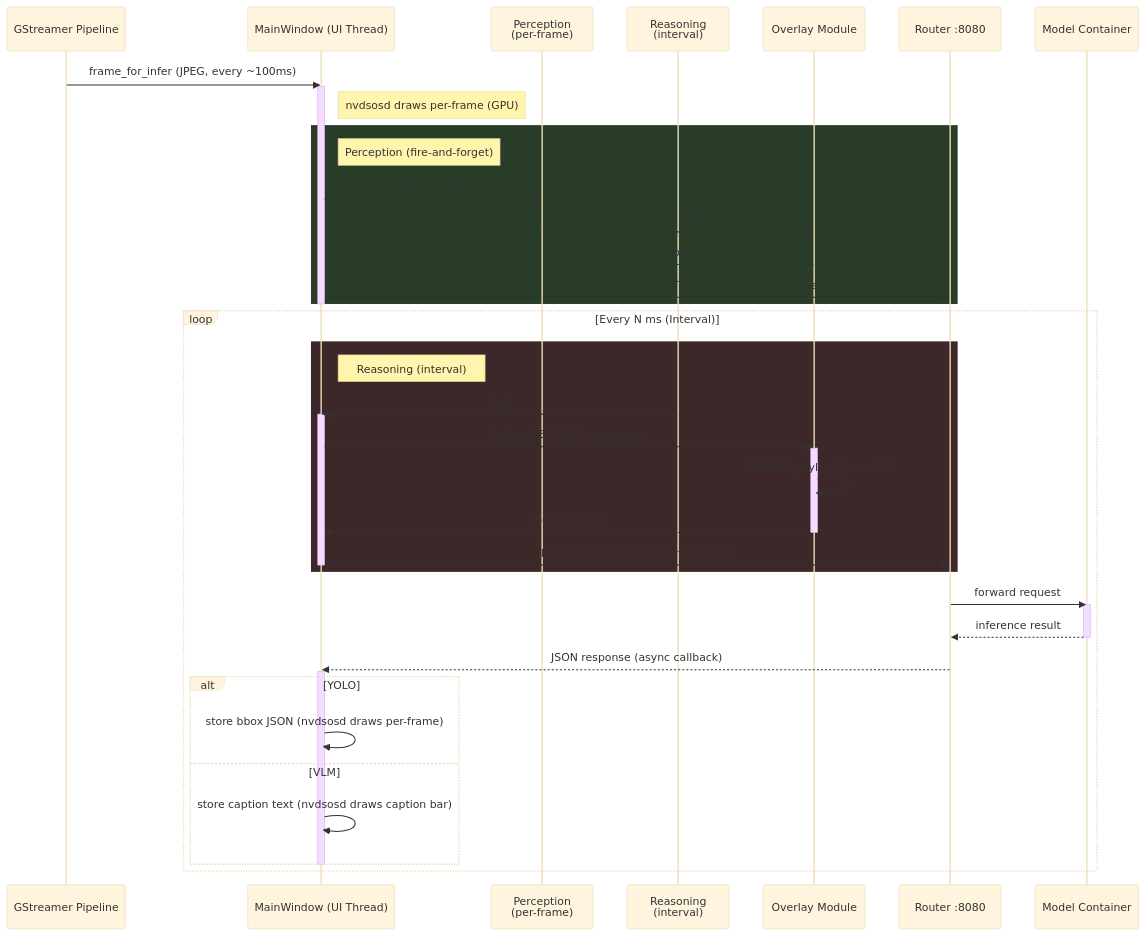
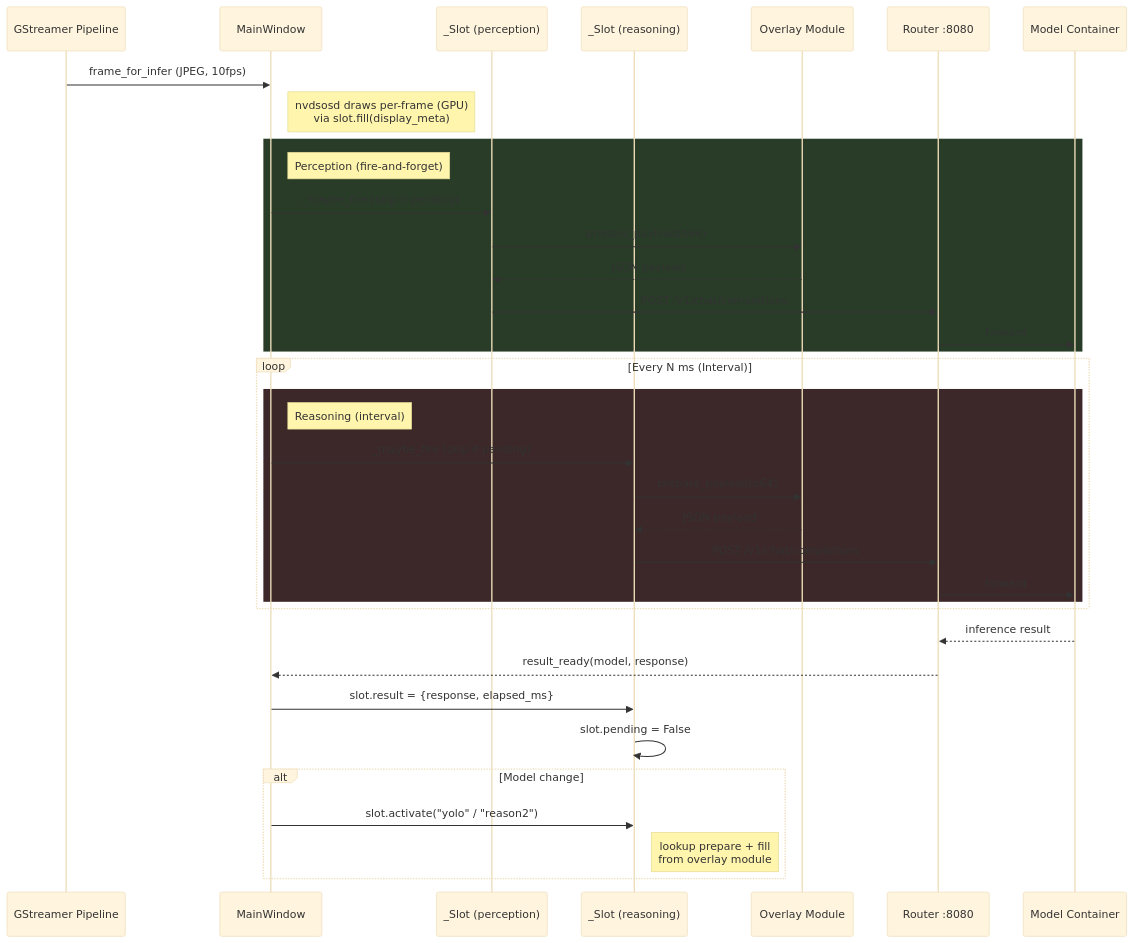
Before and after one commit to ccbruce0812/nikko-vlm-webui: the fourth of 4 diagrams in pyside6-gui.md, drawn with Mermaid (base theme). The commit also changed other lines of this file, not shown here.

Commit message:
Modify 'pyside6-gui.md' to track the latest modification.

````diff
--- a/pyside6-gui.md
+++ b/pyside6-gui.md
@@ -348,51 +380,43 @@
 ```mermaid
 sequenceDiagram
     participant GST as GStreamer Pipeline
-    participant UI as MainWindow (UI Thread)
-    participant PTimer as Perception<br/>(per-frame)
-    participant RTimer as Reasoning<br/>(interval)
+    participant UI as MainWindow
+    participant SlotP as _Slot (perception)
+    participant SlotR as _Slot (reasoning)
     participant Mod as Overlay Module
     participant RTR as Router :8080
     participant Backend as Model Container
 
-    GST->>UI: frame_for_infer (JPEG, every ~100ms)
-    activate UI
-    note right of UI: nvdsosd draws per-frame (GPU)
+    GST->>UI: frame_for_infer (JPEG, 10fps)
+    note right of UI: nvdsosd draws per-frame (GPU)<br/>via slot.fill(display_meta)
 
     rect rgb(40, 60, 40)
         note right of UI: Perception (fire-and-forget)
-        UI->>PTimer: maybe_fire(yolo)
-        PTimer->>Mod: prepare payload (b64 + prompt)
-        Mod-->>PTimer: JSON payload
-        PTimer->>RTR: POST /v1/chat/completions (async)
+        UI->>SlotP: _maybe_fire (skip if pending)
+        SlotP->>Mod: prepare_payload(b64)
+        Mod-->>SlotP: JSON payload
+        SlotP->>RTR: POST /v1/chat/completions
+        RTR->>Backend: forward
     end
-    deactivate UI
 
     loop Every N ms (Interval)
         rect rgb(60, 40, 40)
             note right of UI: Reasoning (interval)
-            RTimer->>UI: tick
-            activate UI
-            UI->>Mod: latest JPEG (b64) + prompt
-            activate Mod
-            Mod->>Mod: build API payload from b64
-            Mod-->>UI: JSON payload
-            deactivate Mod
-            UI->>RTR: POST /v1/chat/completions (async)
-            deactivate UI
+            UI->>SlotR: _maybe_fire (skip if pending)
+            SlotR->>Mod: prepare_payload(b64)
+            Mod-->>SlotR: JSON payload
+            SlotR->>RTR: POST /v1/chat/completions
+            RTR->>Backend: forward
         end
+    end
 
-        RTR->>Backend: forward request
-        activate Backend
-        Backend-->>RTR: inference result
-        deactivate Backend
-        RTR-->>UI: JSON response (async callback)
-        activate UI
-        alt YOLO
-            UI->>UI: store bbox JSON (nvdsosd draws per-frame)
-        else VLM
-            UI->>UI: store caption text (nvdsosd draws caption bar)
-        end
-        deactivate UI
+    Backend-->>RTR: inference result
+    RTR-->>UI: result_ready(model, response)
+    UI->>SlotR: slot.result = {response, elapsed_ms}
+    SlotR->>SlotR: slot.pending = False
+
+    alt Model change
+        UI->>SlotR: slot.activate("yolo" / "reason2")
+        note right of SlotR: lookup prepare + fill<br/>from overlay module
     end
 ```
````
